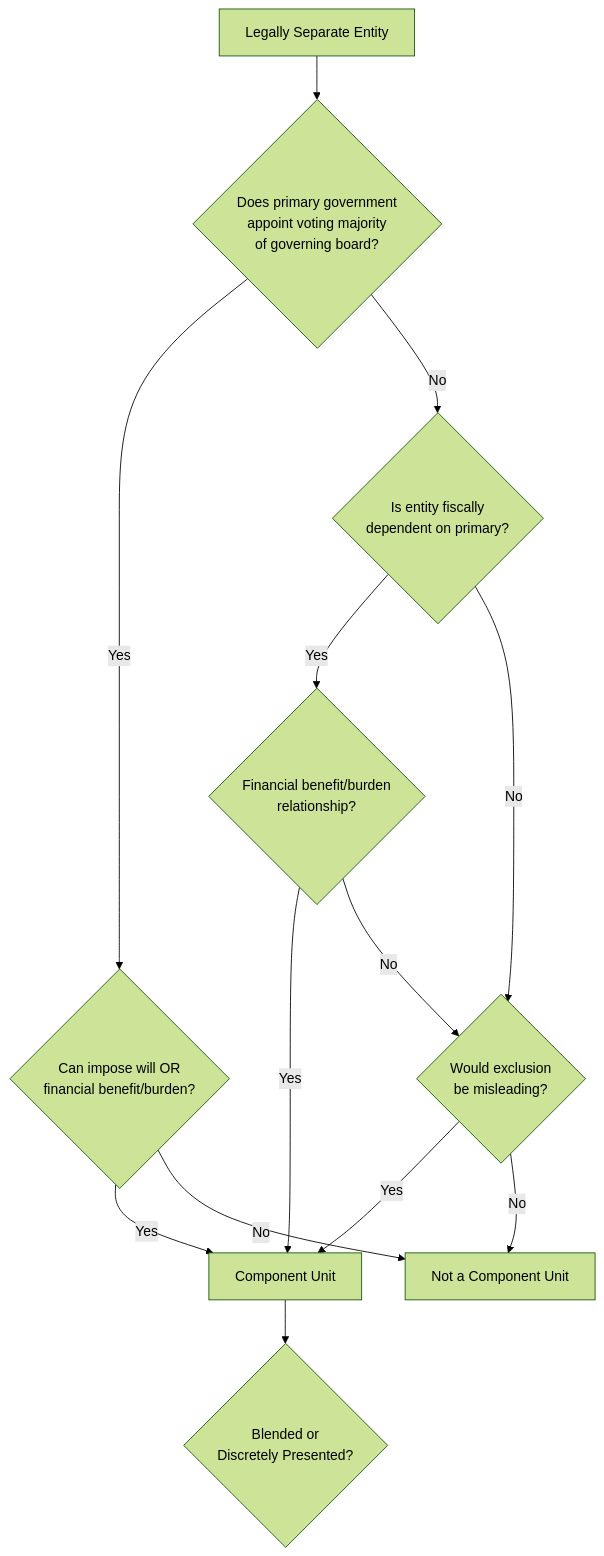
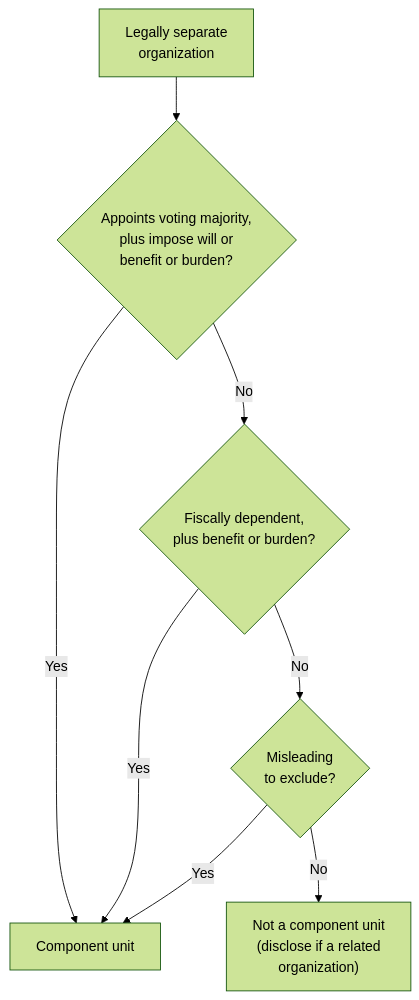
The first of 2 diagrams in docs/bar/governmental-financial-statements/financial-reporting-entity.md (subwaymatch/cpabear-book), drawn with Mermaid (forest theme) before and after one commit. The commit also changed other lines of this file and 204 other files, not shown here.

First line of the commit message:
Update the book for the 2027 CPA Exam Blueprints, fix dark-mode diagrams, add diagram zoom (#49)

````diff
--- a/docs/bar/governmental-financial-statements/financial-reporting-entity.md
+++ b/docs/bar/governmental-financial-statements/financial-reporting-entity.md
@@ -66,15 +36,10 @@
 ```mermaid
 flowchart TD
-    A[Legally Separate Entity] --> B{Does primary government<br/>appoint voting majority<br/>of governing board?}
-    B -->|Yes| C{Can impose will OR<br/>financial benefit/burden?}
-    B -->|No| D{Is entity fiscally<br/>dependent on primary?}
-    C -->|Yes| E[Component Unit]
-    C -->|No| F[Not a Component Unit]
-    D -->|Yes| G{Financial benefit/burden<br/>relationship?}
-    D -->|No| H{Would exclusion<br/>be misleading?}
-    G -->|Yes| E
-    G -->|No| H
-    H -->|Yes| E
-    H -->|No| F
-    E --> I{Blended or<br/>Discretely Presented?}
+    A["Legally separate<br/>organization"] --> B{"Appoints voting majority,<br/>plus impose will or<br/>benefit or burden?"}
+    B -->|Yes| CU["Component unit"]
+    B -->|No| C{"Fiscally dependent,<br/>plus benefit or burden?"}
+    C -->|Yes| CU
+    C -->|No| D{"Misleading<br/>to exclude?"}
+    D -->|Yes| CU
+    D -->|No| N["Not a component unit<br/>(disclose if a related<br/>organization)"]
 ```
````
